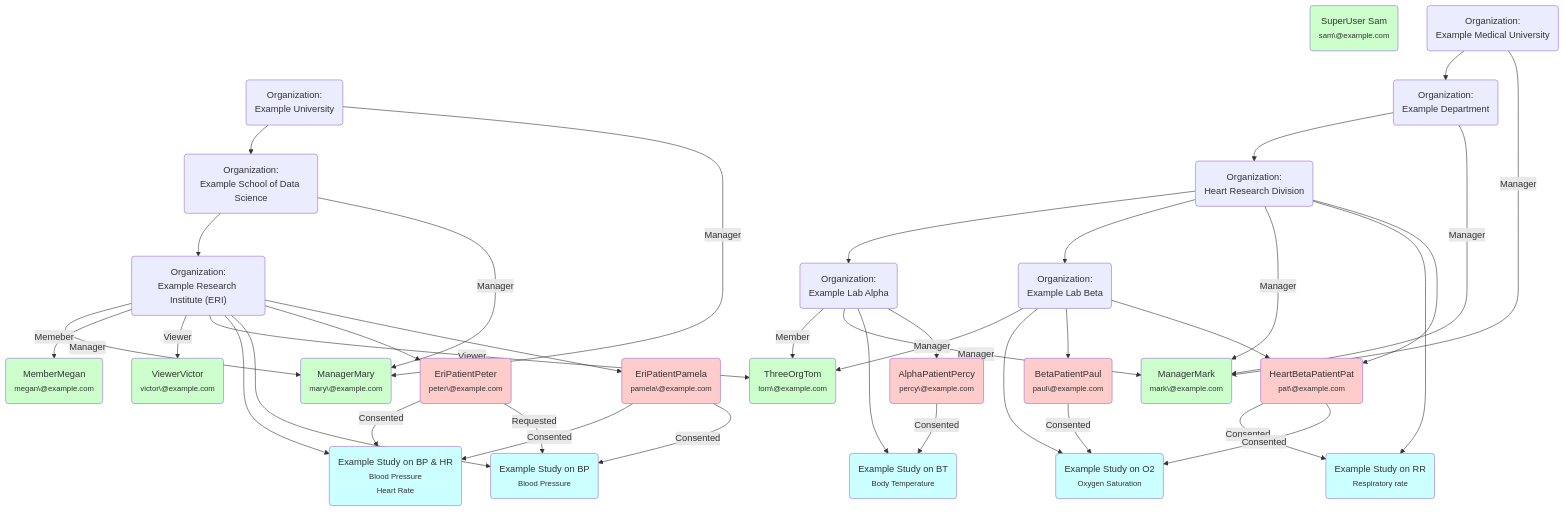
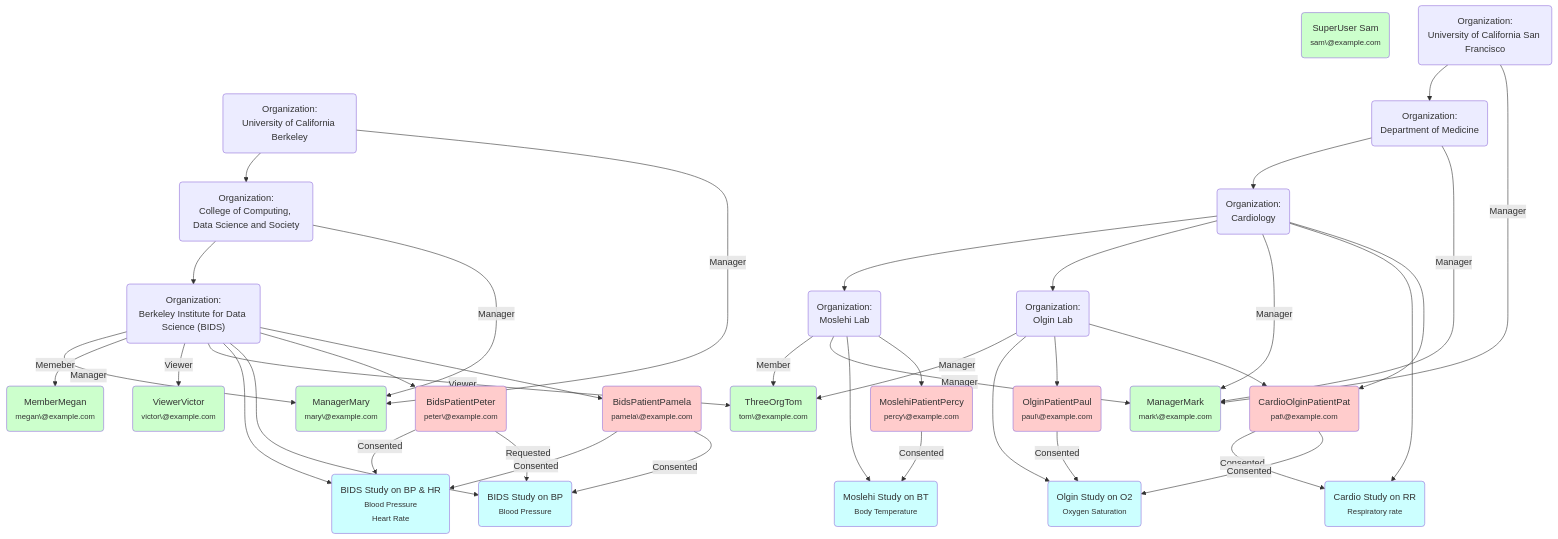
One commit to jupyterhealth/jupyterhealth-exchange changed the first of 2 diagrams in README.md. Above: the diagram before and after it, drawn with Mermaid. The commit also changed other lines of this file and 12 other files, not shown here.

````diff
--- a/README.md
+++ b/README.md
@@ -172,75 +163,75 @@
 ```mermaid
 flowchart TD
     sam("SuperUser Sam<br/><small>sam\@example.com</small>")
     style sam fill:#CFC
 
     %% berkeley
-    ucb("Organization:<br/>Example University") --> ccdss("Organization:<br/>Example School of Data Science")
-    ccdss --> bids("Organization:<br/>Example Research Institute (ERI)")
+    ucb("Organization:<br/>University of California Berkeley") --> ccdss("Organization:<br/>College of Computing, Data Science and Society")
+    ccdss --> bids("Organization:<br/>Berkeley Institute for Data Science (BIDS)")
 
     %% berkeley users
     ucb --Manager--> mary("ManagerMary<br/><small>mary\@example.com</small>")
     style mary fill:#CFC
     ccdss --Manager--> mary
     bids --Manager--> mary
     bids --Memeber--> megan("MemberMegan<br/><small>megan\@example.com</small>")
     style megan fill:#CFC
     bids --Viewer--> victor("ViewerVictor<br/><small>victor\@example.com</small>")
     style victor fill:#CFC
     tom("ThreeOrgTom<br/><small>tom\@example.com</small>")
     bids --Viewer--> tom
     style tom fill:#CFC
 
     %% berkeley studies
-    bids --> bidsStudyOnBPHR("Example Study on BP & HR<br/><small>Blood Pressure<br/>Heart Rate</small>")
+    bids --> bidsStudyOnBPHR("BIDS Study on BP & HR<br/><small>Blood Pressure<br/>Heart Rate</small>")
     style bidsStudyOnBPHR fill:#CFF
-    bids --> bidsStudyOnBP("Example Study on BP<br/><small>Blood Pressure </small>")
+    bids --> bidsStudyOnBP("BIDS Study on BP<br/><small>Blood Pressure </small>")
     style bidsStudyOnBP fill:#CFF
 
     %% berkeley patients
-    bids --> peter("EriPatientPeter<br/><small>peter\@example.com</small>")
+    bids --> peter("BidsPatientPeter<br/><small>peter\@example.com</small>")
     style peter fill:#FCC
     peter --Consented--> bidsStudyOnBPHR
     peter --Requested--> bidsStudyOnBP
-    pamela("EriPatientPamela<br/><small>pamela\@example.com</small>")
+    pamela("BidsPatientPamela<br/><small>pamela\@example.com</small>")
     style pamela fill:#FCC
     bids --> pamela
     pamela --Consented--> bidsStudyOnBPHR
     pamela --Consented--> bidsStudyOnBP
 
     %% ucsf
-    ucsf("Organization:<br/>Example Medical University") --> med("Organization:<br/>Example Department")
-    med --> cardio("Organization:<br/>Heart Research Division")
-    cardio --> moslehi("Organization:<br/>Example Lab Alpha")
-    cardio --> olgin("Organization:<br/>Example Lab Beta")
+    ucsf("Organization:<br/>University of California San Francisco") --> med("Organization:<br/>Department of Medicine")
+    med --> cardio("Organization:<br/>Cardiology")
+    cardio --> moslehi("Organization:<br/>Moslehi Lab")
+    cardio --> olgin("Organization:<br/>Olgin Lab")
 
     %% ucsf users
     ucsf --Manager-->mark("ManagerMark<br/><small>mark\@example.com</small>")
     style mark fill:#CFC
     med --Manager--> mark
     cardio --Manager--> mark
     moslehi --Member--> tom
     moslehi --Manager-->mark
     olgin --Manager--> tom
 
     %% ucsf studies
-    cardio --> cardioStudyOnRR("Example Study on RR<br/><small>Respiratory rate</small>")
+    cardio --> cardioStudyOnRR("Cardio Study on RR<br/><small>Respiratory rate</small>")
     style cardioStudyOnRR fill:#CFF
-    moslehi --> moslehiStudyOnBT("Example Study on BT<br/><small>Body Temperature</small>")
+    moslehi --> moslehiStudyOnBT("Moslehi Study on BT<br/><small>Body Temperature</small>")
     style moslehiStudyOnBT fill:#CFF
-    olgin --> olginStudyOnO2("Example Study on O2<br/><small>Oxygen Saturation</small>")
+    olgin --> olginStudyOnO2("Olgin Study on O2<br/><small>Oxygen Saturation</small>")
     style olginStudyOnO2 fill:#CFF
 
     %% ucsf patients
-    moslehi --> percy("AlphaPatientPercy<br/><small>percy\@example.com</small>")
+    moslehi --> percy("MoslehiPatientPercy<br/><small>percy\@example.com</small>")
     style percy fill:#FCC
     percy --Consented--> moslehiStudyOnBT
-    olgin --> paul("BetaPatientPaul<br/><small>paul\@example.com</small>")
+    olgin --> paul("OlginPatientPaul<br/><small>paul\@example.com</small>")
     style paul fill:#FCC
     paul --Consented--> olginStudyOnO2
-    cardio --> pat("HeartBetaPatientPat<br/><small>pat\@example.com</small>")
+    cardio --> pat("CardioOlginPatientPat<br/><small>pat\@example.com</small>")
     style pat fill:#FCC
     pat --Consented--> cardioStudyOnRR
     pat --Consented--> olginStudyOnO2
     olgin --> pat
 ```
````
